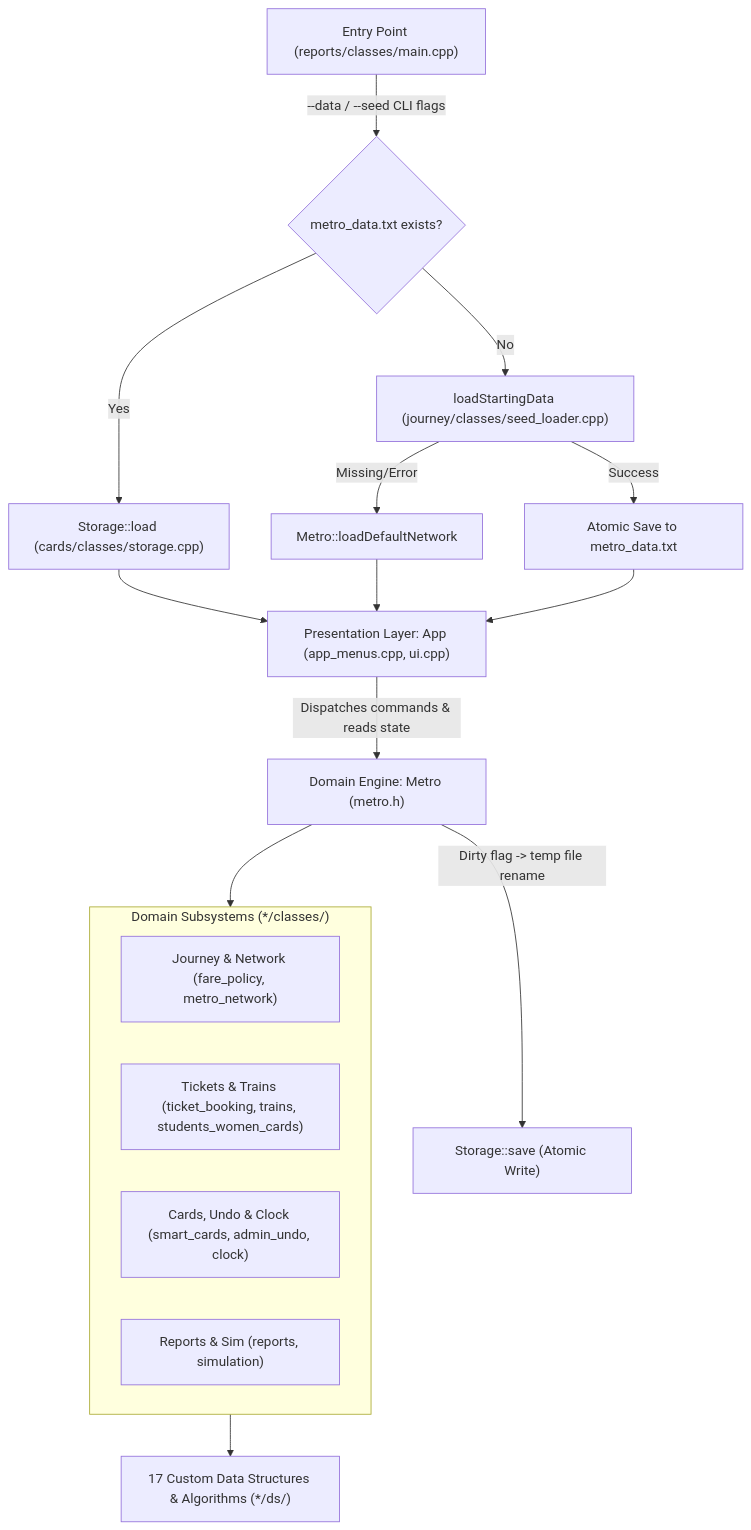
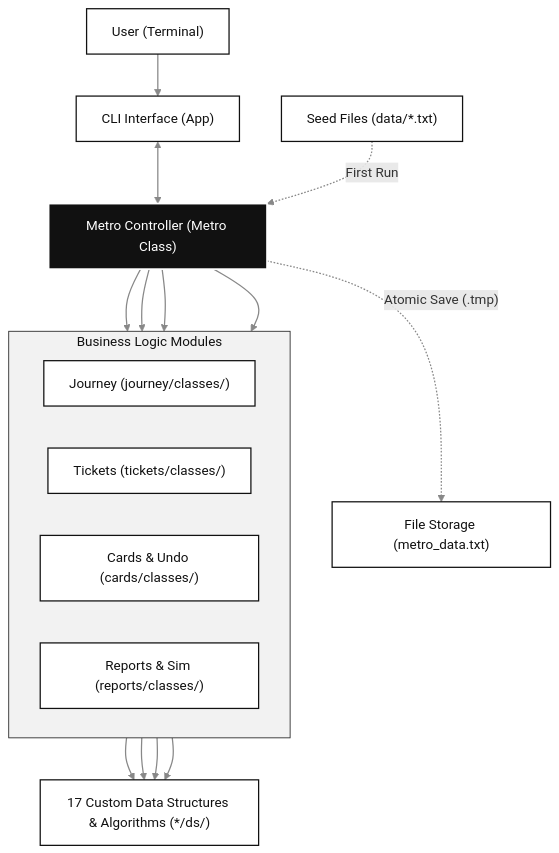
Before and after one commit to Hardikrawat05/Metro-Transit-System-PBL: the first of 3 diagrams in README.md, drawn with Mermaid. The commit also changed other lines of this file, not shown here.

Commit message:
docs: simplify architecture diagrams with high-contrast black-and-white styling

````diff
--- a/README.md
+++ b/README.md
@@ -126,24 +61,32 @@
 ```mermaid
-flowchart TD
-    Main["Entry Point (reports/classes/main.cpp)"] -->|"--data / --seed CLI flags"| Boot{"metro_data.txt exists?"}
-    Boot -->|Yes| Load["Storage::load (cards/classes/storage.cpp)"]
-    Boot -->|No| Seed["loadStartingData (journey/classes/seed_loader.cpp)"]
-    Seed -->|Missing/Error| DefaultNet["Metro::loadDefaultNetwork"]
-    Seed -->|Success| SaveInit["Atomic Save to metro_data.txt"]
-    Load --> AppLayer["Presentation Layer: App (app_menus.cpp, ui.cpp)"]
-    DefaultNet --> AppLayer
-    SaveInit --> AppLayer
+flowchart TB
+    classDef bw fill:#ffffff,stroke:#111111,color:#111111,stroke-width:1.5px
+    classDef ctrl fill:#111111,stroke:#ffffff,color:#ffffff,stroke-width:2px
 
-    AppLayer -->|"Dispatches commands & reads state"| Domain["Domain Engine: Metro (metro.h)"]
+    User["User (Terminal)"]:::bw --> App["CLI Interface (App)"]:::bw
+    App <--> Metro["Metro Controller (Metro Class)"]:::ctrl
 
-    subgraph Subsystems["Domain Subsystems (*/classes/)"]
-        Journey["Journey & Network (fare_policy, metro_network)"]
-        Tickets["Tickets & Trains (ticket_booking, trains, students_women_cards)"]
-        Cards["Cards, Undo & Clock (smart_cards, admin_undo, clock)"]
-        Reports["Reports & Sim (reports, simulation)"]
+    subgraph Modules["Business Logic Modules"]
+        direction LR
+        M1["Journey (journey/classes/)"]:::bw
+        M2["Tickets (tickets/classes/)"]:::bw
+        M3["Cards & Undo (cards/classes/)"]:::bw
+        M4["Reports & Sim (reports/classes/)"]:::bw
     end
 
-    Domain --> Subsystems
-    Subsystems --> DSLayer["17 Custom Data Structures & Algorithms (*/ds/)"]
-    Domain -->|"Dirty flag -> temp file rename"| Persist["Storage::save (Atomic Write)"]
+    Metro --> M1
+    Metro --> M2
+    Metro --> M3
+    Metro --> M4
+
+    M1 --> DS["17 Custom Data Structures & Algorithms (*/ds/)"]:::bw
+    M2 --> DS
+    M3 --> DS
+    M4 --> DS
+
+    Seed["Seed Files (data/*.txt)"]:::bw -.->|"First Run"| Metro
+    Metro -.->|"Atomic Save (.tmp)"| Store["File Storage (metro_data.txt)"]:::bw
+
+    style Modules fill:#f2f2f2,stroke:#222222,color:#111111
+    linkStyle default stroke:#888888,stroke-width:1.5px
 ```
````
